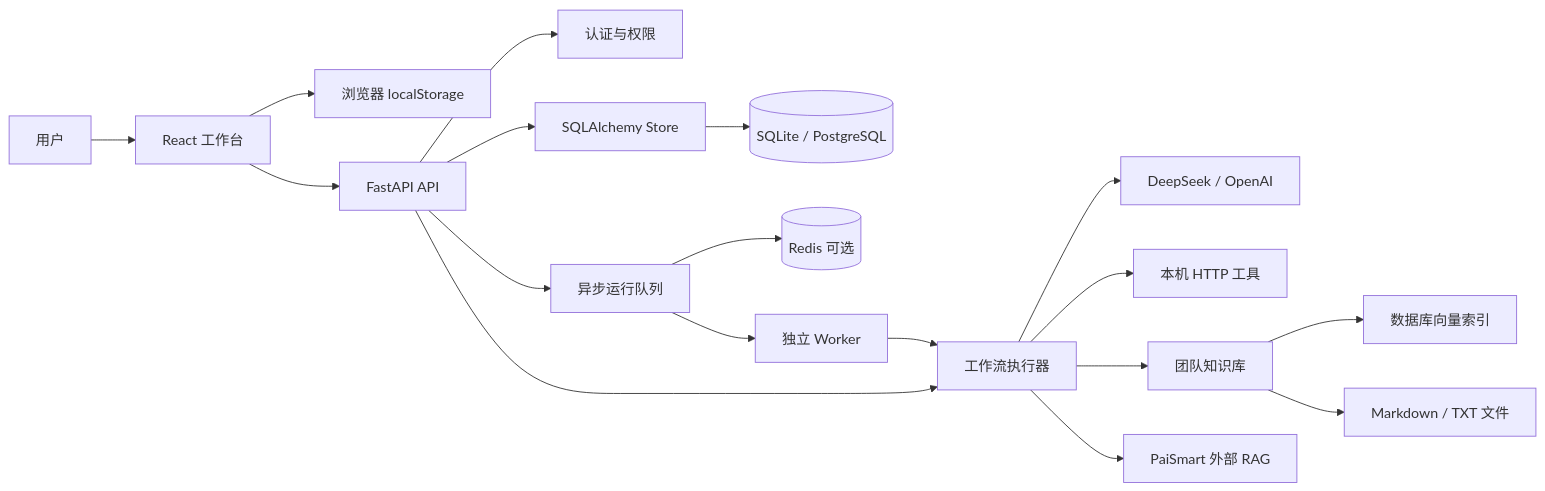
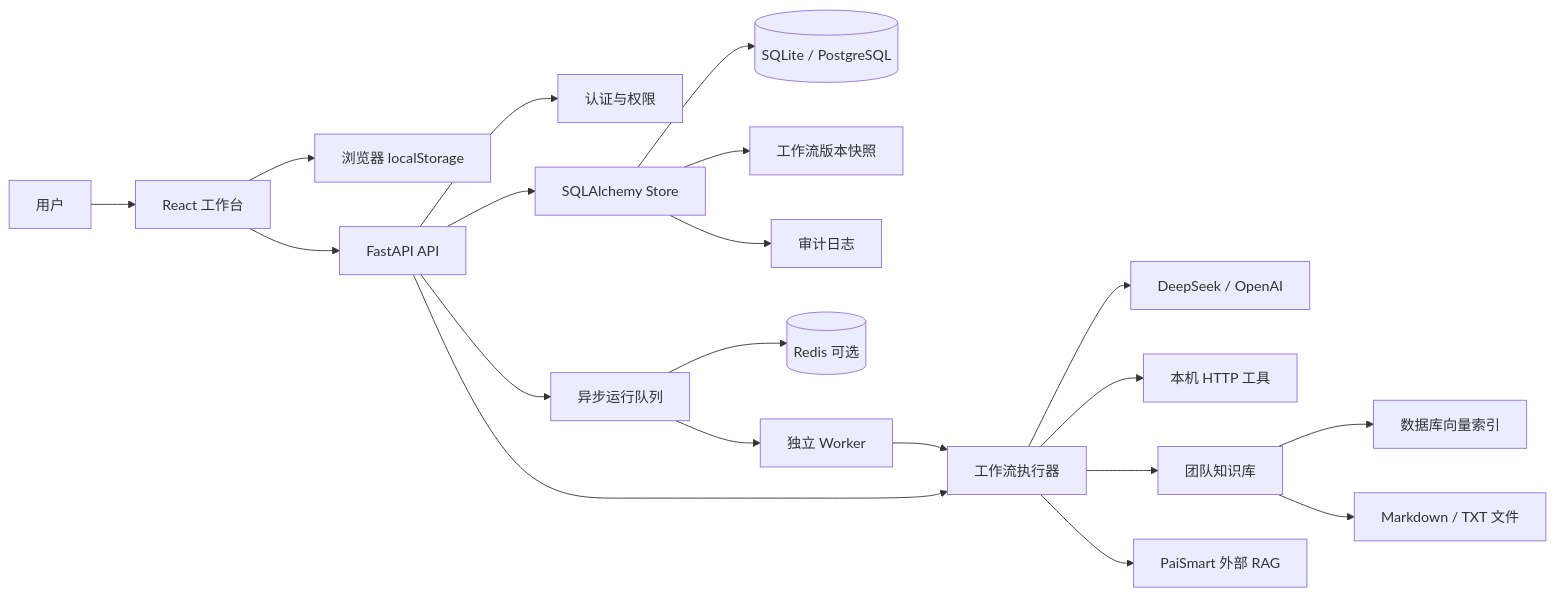
The first of 3 diagrams in docs/architecture.md (996963759/workflow-studio), drawn with Mermaid before and after one commit. The commit also changed other lines of this file and 11 other files, not shown here.

Commit message:
feat: add workflow versions and audit logs

````diff
--- a/docs/architecture.md
+++ b/docs/architecture.md
@@ -5,20 +5,22 @@
 ```mermaid
 flowchart LR
   User[用户] --> UI[React 工作台]
   UI --> Local[浏览器 localStorage]
   UI --> API[FastAPI API]
   API --> Auth[认证与权限]
   API --> Store[SQLAlchemy Store]
   Store --> DB[(SQLite / PostgreSQL)]
+  Store --> Versions[工作流版本快照]
+  Store --> Audit[审计日志]
   API --> Jobs[异步运行队列]
   Jobs --> Redis[(Redis 可选)]
   Jobs --> Worker[独立 Worker]
   Worker --> Runner[工作流执行器]
   API --> Runner
   Runner --> LLM[DeepSeek / OpenAI]
   Runner --> Tool[本机 HTTP 工具]
   Runner --> KB[团队知识库]
   KB --> Vector[数据库向量索引]
   KB --> Files[Markdown / TXT 文件]
   Runner --> PaiSmart[PaiSmart 外部 RAG]
 ```
````
